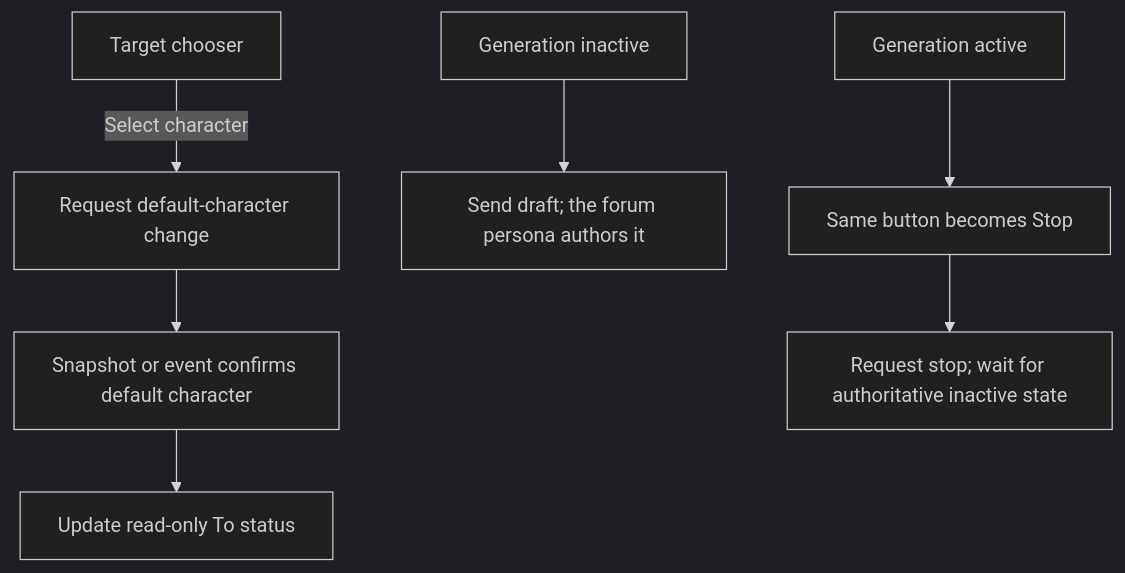
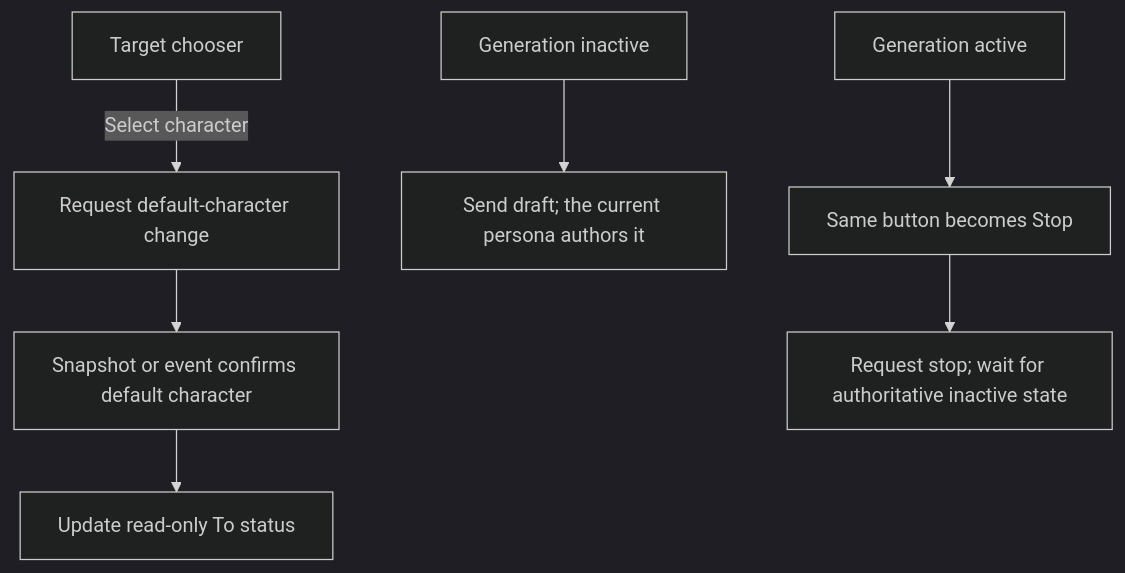
Before and after one commit to michaelpopov/cha: the sixth of 6 diagrams in docs/web-ui/flows.md, drawn with Mermaid (dark theme). The commit also changed other lines of this file and 36 other files, not shown here.

````diff
--- a/docs/web-ui/flows.md
+++ b/docs/web-ui/flows.md
@@ -100,9 +101,9 @@
 ```mermaid
 flowchart TD
     Target["Target chooser"] -->|"Select character"| Request["Request default-character change"]
     Request --> Snapshot["Snapshot or event confirms default character"]
     Snapshot --> Status["Update read-only To status"]
-    Idle["Generation inactive"] --> Send["Send draft; the forum persona authors it"]
+    Idle["Generation inactive"] --> Send["Send draft; the current persona authors it"]
     Active["Generation active"] --> Stop["Same button becomes Stop"]
     Stop --> Stopping["Request stop; wait for authoritative inactive state"]
 ```
````
